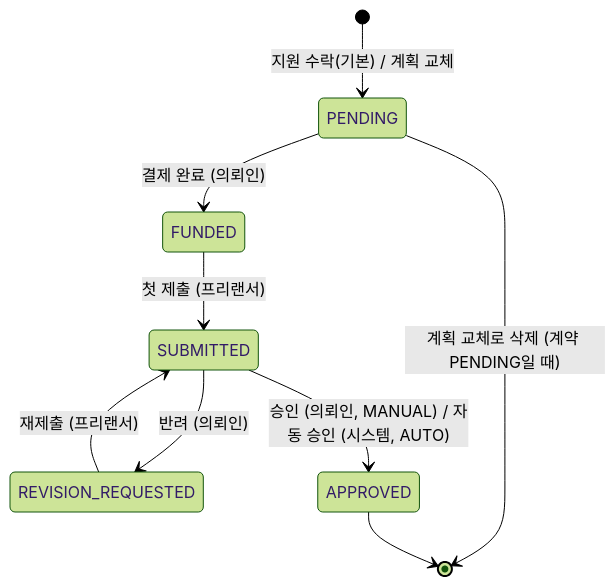
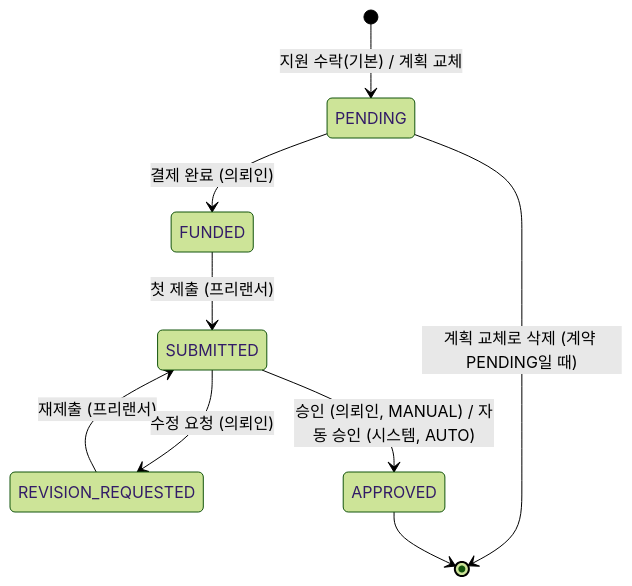
Before and after one commit to jonghoon24/workbridge: the first of 3 diagrams in docs/domain/milestones-payments.md, drawn with Mermaid (forest theme). The commit also changed other lines of this file and 3 other files, not shown here.

````diff
--- a/docs/domain/milestones-payments.md
+++ b/docs/domain/milestones-payments.md
@@ -48,11 +48,11 @@
 ```mermaid
 stateDiagram-v2
     [*] --> PENDING: 지원 수락(기본) / 계획 교체
     PENDING --> [*]: 계획 교체로 삭제 (계약 PENDING일 때)
     PENDING --> FUNDED: 결제 완료 (의뢰인)
     FUNDED --> SUBMITTED: 첫 제출 (프리랜서)
     REVISION_REQUESTED --> SUBMITTED: 재제출 (프리랜서)
-    SUBMITTED --> REVISION_REQUESTED: 반려 (의뢰인)
+    SUBMITTED --> REVISION_REQUESTED: 수정 요청 (의뢰인)
     SUBMITTED --> APPROVED: 승인 (의뢰인, MANUAL) / 자동 승인 (시스템, AUTO)
     APPROVED --> [*]
 ```
````
